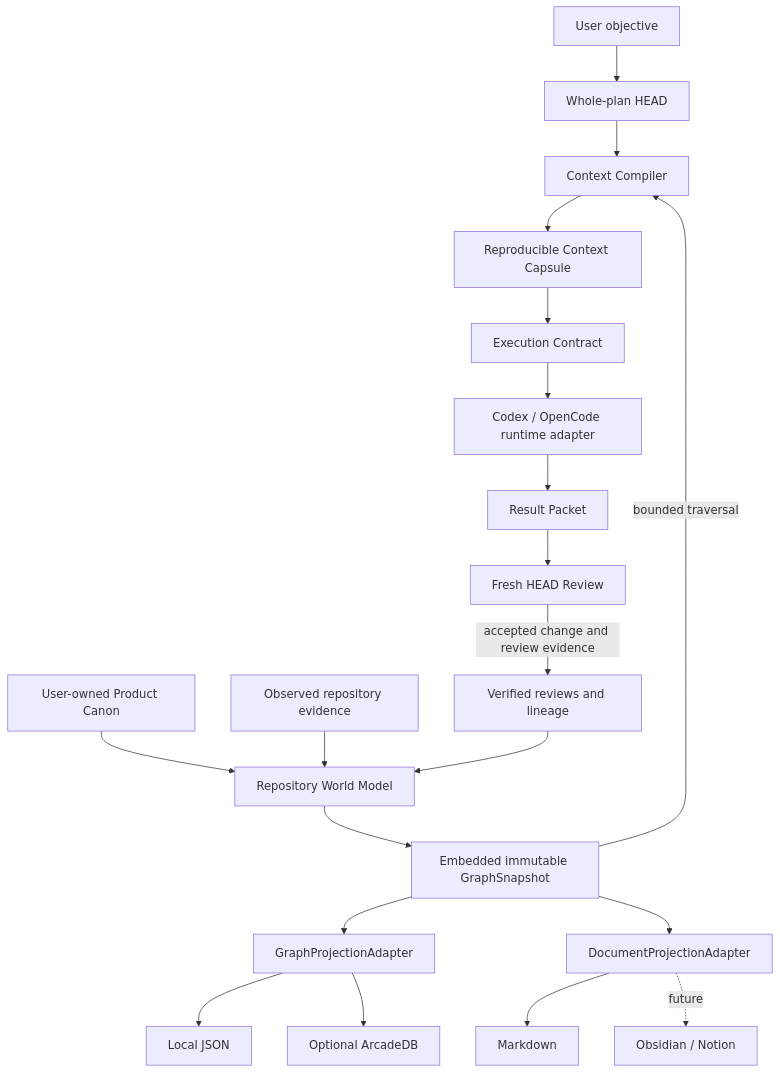
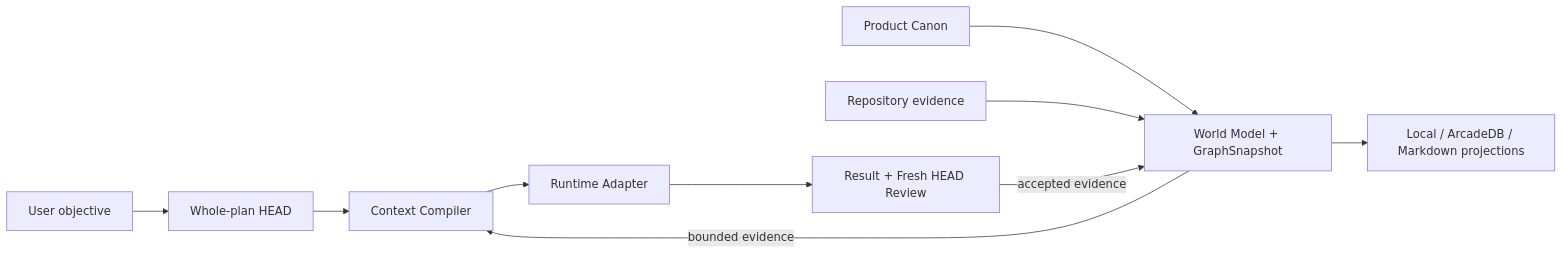
The first of 2 diagrams in README.md (binary1215/head-agent-plugin), drawn with Mermaid before and after one commit. The commit also changed other lines of this file and 11 other files, not shown here.

````diff
--- a/README.md
+++ b/README.md
@@ -61,24 +63,12 @@
 ```mermaid
-flowchart TB
+flowchart LR
     U[User objective] --> H[Whole-plan HEAD]
-    PC[User-owned Product Canon] --> WM[Repository World Model]
-    RE[Observed repository evidence] --> WM
-    VR[Verified reviews and lineage] --> WM
-
-    WM --> GS[Embedded immutable GraphSnapshot]
+    PC[Product Canon] --> GS[World Model + GraphSnapshot]
+    RE[Repository evidence] --> GS
     H --> CC[Context Compiler]
-    GS -->|bounded traversal| CC
-    CC --> CAP[Reproducible Context Capsule]
-    CAP --> EC[Execution Contract]
-    EC --> RA[Codex / OpenCode runtime adapter]
-    RA --> RP[Result Packet]
-    RP --> FR[Fresh HEAD Review]
-    FR -->|accepted change and review evidence| VR
-
-    GS --> GP[GraphProjectionAdapter]
-    GP --> LJ[Local JSON]
-    GP --> ADB[Optional ArcadeDB]
-    GS --> DP[DocumentProjectionAdapter]
-    DP --> MD[Markdown]
-    DP -. future .-> ON[Obsidian / Notion]
+    GS -->|bounded evidence| CC
+    CC --> RA[Runtime Adapter]
+    RA --> FR[Result + Fresh HEAD Review]
+    FR -->|accepted evidence| GS
+    GS --> P[Local / ArcadeDB / Markdown projections]
 ```
````
